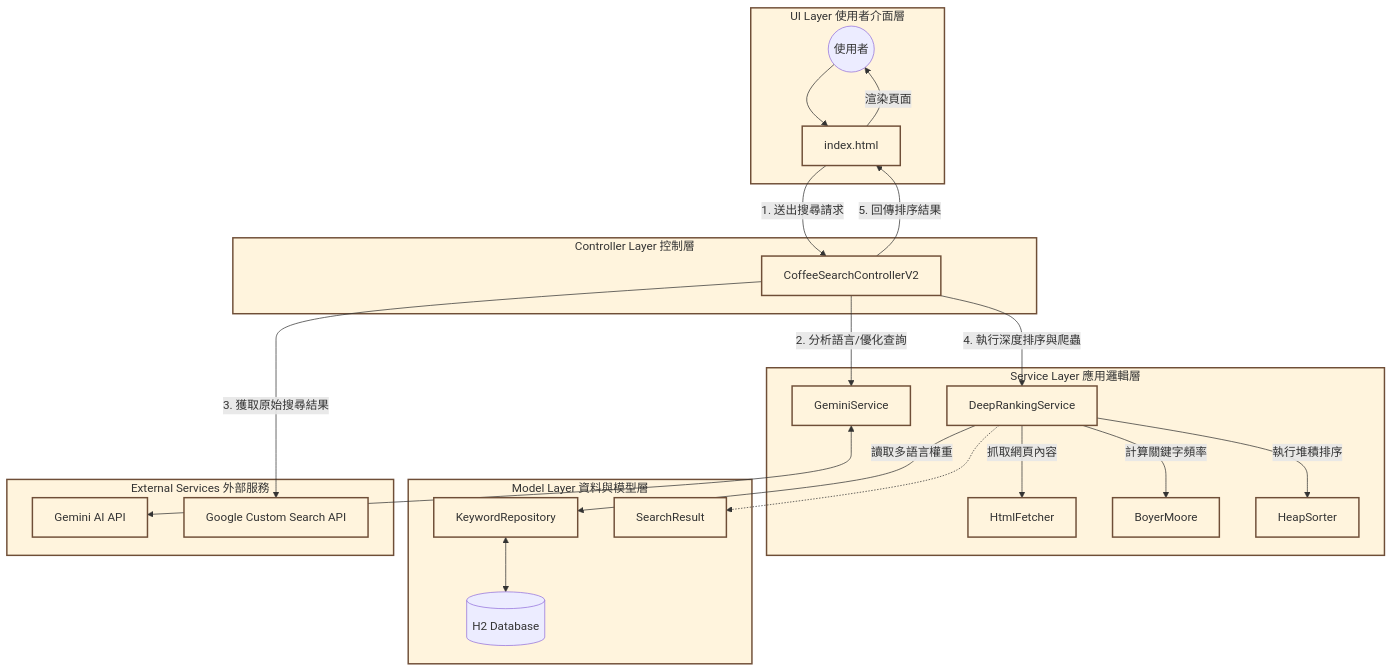
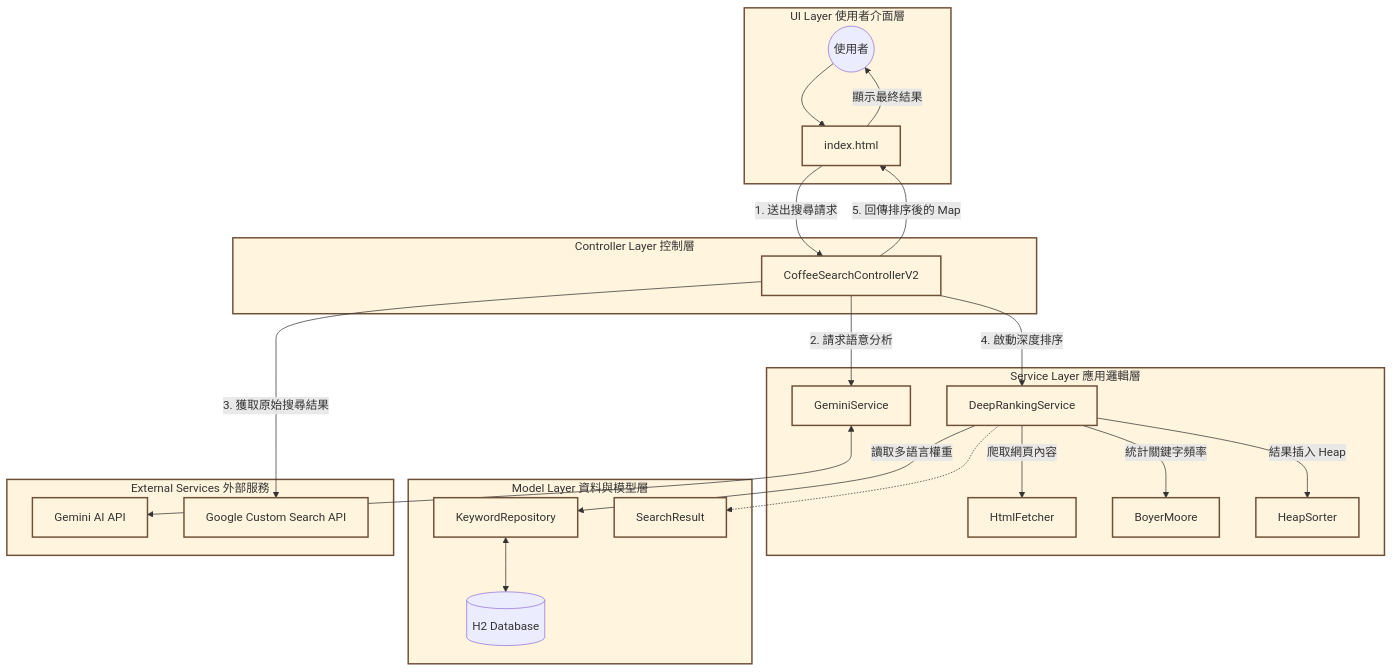
One commit to ylin08051005/DS_final_project changed the first of 5 diagrams in README.md. Above: the diagram before and after it, drawn with Mermaid.

````diff
--- a/README.md
+++ b/README.md
@@ -4,63 +4,67 @@
 ```mermaid
 flowchart TD
-    %% 全域樣式定義
+    %% 全域樣式定義，統一使用淺橘色調
     classDef unifiedStyle fill:#fff4dd,stroke:#6F4E37,stroke-width:2px,color:#333
 
     %% 使用者介面層
     subgraph UI_Layer ["UI Layer 使用者介面層"]
         User((使用者))
         Index[index.html]
     end
 
     %% 控制層
     subgraph Controller_Layer ["Controller Layer 控制層"]
         C2[CoffeeSearchControllerV2]
     end
 
     %% 應用邏輯層
     subgraph Service_Layer ["Service Layer 應用邏輯層"]
         GS[GeminiService]
         DRS[DeepRankingService]
         HF[HtmlFetcher]
         BM[BoyerMoore]
         HS[HeapSorter]
     end
 
     %% 資料與模型層
     subgraph Model_Layer ["Model Layer 資料與模型層"]
         KR[KeywordRepository]
         SR[SearchResult]
         M_DB[(H2 Database)]
     end
 
-    %% 外部服務
+    %% 外部服務 (完全獨立的外部端點)
     subgraph External_Services ["External Services 外部服務"]
         GE_API[Gemini AI API]
         GS_API[Google Custom Search API]
     end
 
     %% 流程連線
     User --> Index
     Index -- "1. 送出搜尋請求" --> C2
     
-    %% 修正後的外部 API 呼叫路徑
-    C2 -- "2. 分析語言/優化查詢" --> GS
+    %% 第一階段：呼叫 Gemini 進行分析 (獨立路徑)
+    C2 -- "2. 請求語意分析" --> GS
     GS <--> GE_API
     
+    %% 第二階段：呼叫 Google 進行搜尋 (獨立路徑)
     C2 -- "3. 獲取原始搜尋結果" --> GS_API
     
-    C2 -- "4. 執行深度排序與爬蟲" --> DRS
-    DRS -- "抓取網頁內容" --> HF
-    DRS -- "計算關鍵字頻率" --> BM
-    DRS -- "執行堆積排序" --> HS
+    %% 第三階段：執行深度排序與爬蟲邏輯
+    C2 -- "4. 啟動深度排序" --> DRS
+    DRS -- "爬取網頁內容" --> HF
+    DRS -- "統計關鍵字頻率" --> BM
+    DRS -- "結果插入 Heap" --> HS
     
+    %% 資料存取
     DRS -- "讀取多語言權重" --> KR
     KR <--> M_DB
     
+    %% 模型封裝與回傳
     DRS -.-> SR
-    C2 -- "5. 回傳排序結果" --> Index
-    Index -- "渲染頁面" --> User
+    C2 -- "5. 回傳排序後的 Map" --> Index
+    Index -- "顯示最終結果" --> User
 
-    %% 套用統一顏色
+    %% 套用統一顏色樣式
     class UI_Layer,Controller_Layer,Service_Layer,Model_Layer,External_Services,Index,C2,GS,DRS,HF,BM,HS,KR,SR,GE_API,GS_API unifiedStyle
 ```
````
